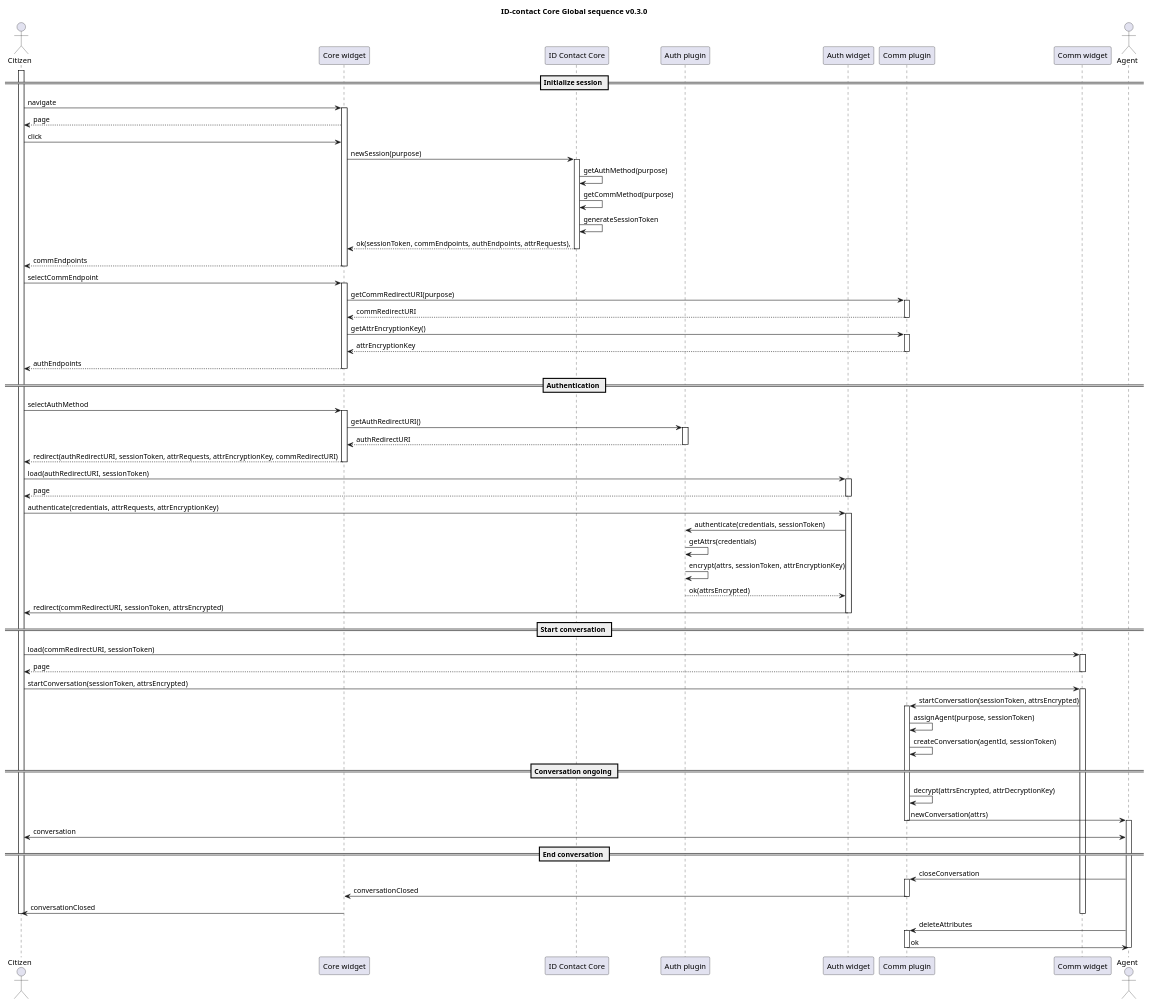
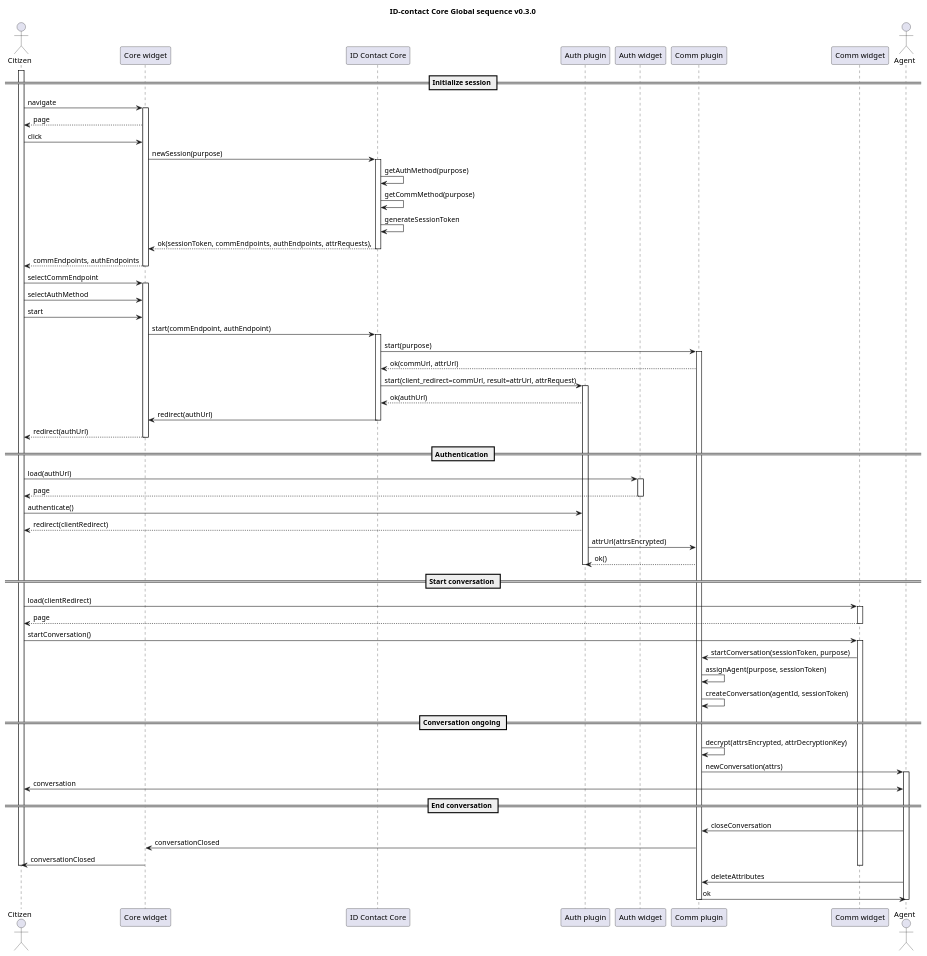
One commit to id-contact/docs changed the diagram in docs/diagrams/global-sequence.puml. Above: the diagram before and after it, drawn with PlantUML.

Commit message:
Updated sequence diagram following flow discussed in meeting.

```diff
--- a/docs/diagrams/global-sequence.puml
+++ b/docs/diagrams/global-sequence.puml
@@ -2,107 +2,93 @@
 @startuml
 title ID-contact Core Global sequence v0.3.0
 
 actor Citizen as citizen
 participant "Core widget" as widget
 participant "ID Contact Core" as core
 participant "Auth plugin" as auth_plugin
 participant "Auth widget" as auth_widget
 participant "Comm plugin" as comm_plugin
 participant "Comm widget" as comm_widget
 actor Agent as agent
 
 == Initialize session ==
 
 activate citizen
 citizen->widget: navigate
 activate widget
 widget-->citizen: page
 citizen->widget: click
 widget->core: newSession(purpose)
 activate core
 core->core: getAuthMethod(purpose)
 core->core: getCommMethod(purpose)
 core->core: generateSessionToken
 core-->widget: ok(sessionToken, commEndpoints, authEndpoints, attrRequests),
 deactivate core
-widget-->citizen: commEndpoints
+widget-->citizen: commEndpoints, authEndpoints
 deactivate widget
 citizen->widget: selectCommEndpoint
 activate widget
-widget->comm_plugin: getCommRedirectURI(purpose)
+citizen->widget: selectAuthMethod
+citizen->widget: start
+widget->core: start(commEndpoint, authEndpoint)
+activate core
+core->comm_plugin: start(purpose)
 activate comm_plugin
-comm_plugin-->widget: commRedirectURI
-deactivate comm_plugin
-widget->comm_plugin: getAttrEncryptionKey()
-activate comm_plugin
-comm_plugin-->widget: attrEncryptionKey
-deactivate comm_plugin
-widget-->citizen: authEndpoints
+comm_plugin-->core: ok(commUrl, attrUrl)
+core->auth_plugin: start(client_redirect=commUrl, result=attrUrl, attrRequest)
+activate auth_plugin
+auth_plugin-->core: ok(authUrl)
+core->widget: redirect(authUrl)
+deactivate core
+widget-->citizen: redirect(authUrl)
 deactivate widget
 
 == Authentication ==
 
-citizen->widget: selectAuthMethod
-activate widget
-widget->auth_plugin: getAuthRedirectURI()
-activate auth_plugin
-auth_plugin-->widget: authRedirectURI
-deactivate auth_plugin
-widget-->citizen: redirect(authRedirectURI, sessionToken, attrRequests, attrEncryptionKey, commRedirectURI)
-deactivate widget
-
-citizen->auth_widget: load(authRedirectURI, sessionToken)
+citizen->auth_widget: load(authUrl)
 activate auth_widget
 auth_widget-->citizen: page
 deactivate auth_widget
 
-citizen->auth_widget: authenticate(credentials, attrRequests, attrEncryptionKey)
-activate auth_widget
-auth_widget->auth_plugin: authenticate(credentials, sessionToken)
-auth_plugin->auth_plugin: getAttrs(credentials)
-auth_plugin->auth_plugin: encrypt(attrs, sessionToken, attrEncryptionKey)
-auth_plugin-->auth_widget: ok(attrsEncrypted)
+citizen->auth_plugin: authenticate()
+auth_plugin-->citizen: redirect(clientRedirect)
+auth_plugin->comm_plugin: attrUrl(attrsEncrypted)
+comm_plugin-->auth_plugin: ok()
 deactivate auth_plugin
-auth_widget->citizen: redirect(commRedirectURI, sessionToken, attrsEncrypted)
-deactivate auth_widget
 
 == Start conversation ==
 
-citizen->comm_widget: load(commRedirectURI, sessionToken)
+citizen->comm_widget: load(clientRedirect)
 activate comm_widget
 comm_widget-->citizen: page
 deactivate comm_widget
 
-citizen->comm_widget: startConversation(sessionToken, attrsEncrypted)
+citizen->comm_widget: startConversation()
 activate comm_widget
-comm_widget->comm_plugin: startConversation(sessionToken, attrsEncrypted)
-activate comm_plugin
+comm_widget->comm_plugin: startConversation(sessionToken, purpose)
 
 comm_plugin->comm_plugin: assignAgent(purpose, sessionToken)
 comm_plugin->comm_plugin: createConversation(agentId, sessionToken)
 
 == Conversation ongoing ==
 comm_plugin->comm_plugin: decrypt(attrsEncrypted, attrDecryptionKey)
 comm_plugin->agent: newConversation(attrs)
-deactivate comm_plugin
 
 activate agent
 citizen<->agent: conversation
 
 == End conversation ==
 agent->comm_plugin: closeConversation
-activate comm_plugin
 comm_plugin->widget: conversationClosed
-deactivate comm_plugin
 deactivate widget
 widget->citizen: conversationClosed
 deactivate comm_widget
 deactivate citizen
 agent->comm_plugin: deleteAttributes
-activate comm_plugin
 comm_plugin->agent: ok
 deactivate comm_plugin
 deactivate agent
 
 
 @enduml
```
